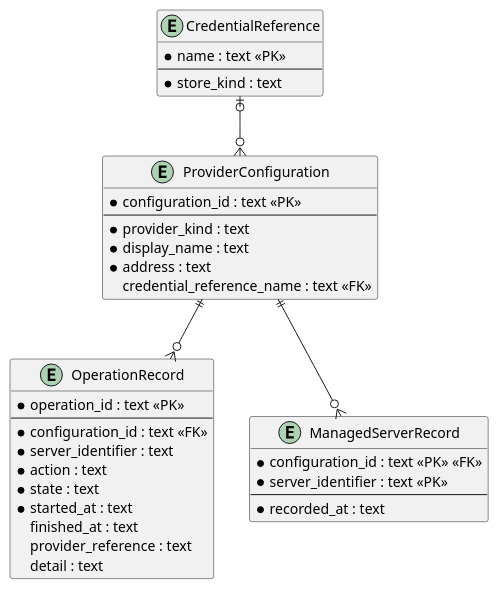
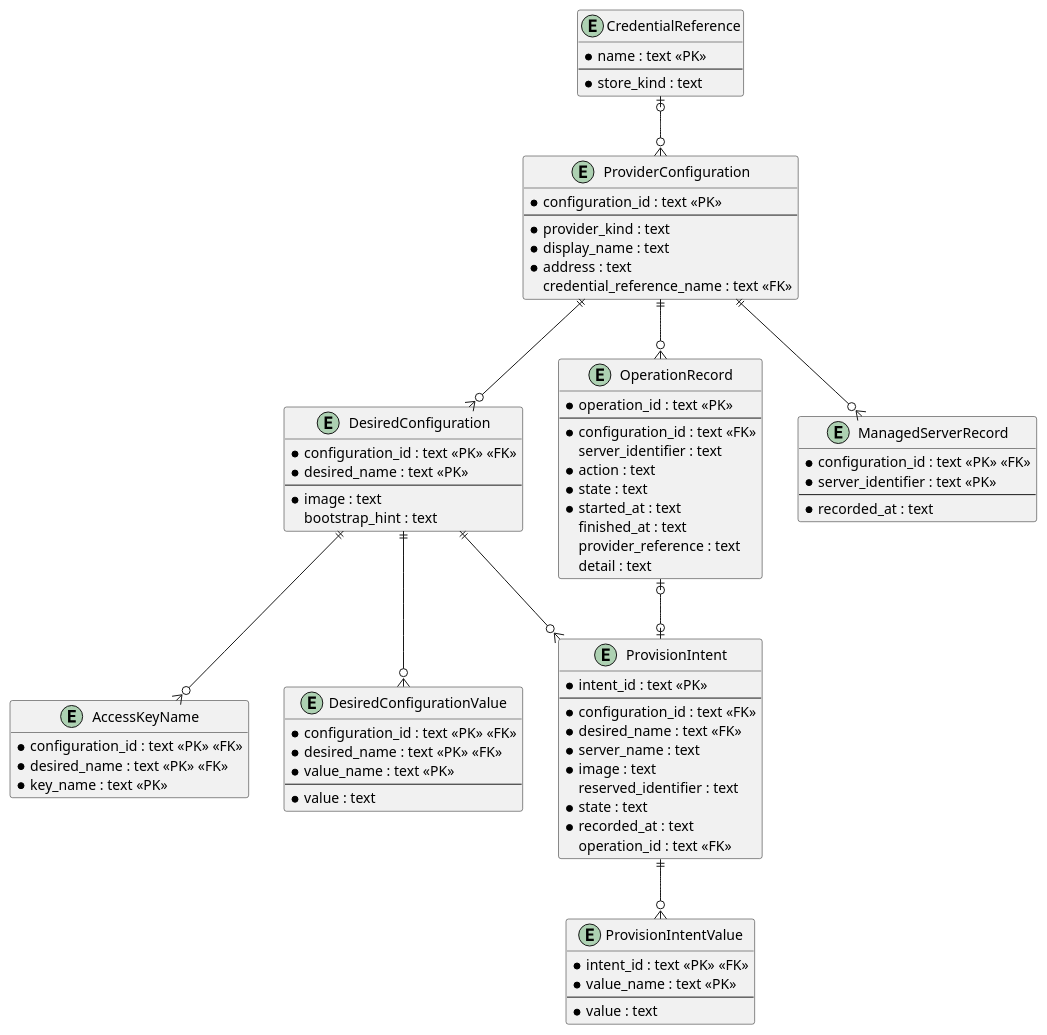
The diagram in docs/erd.md (TirSystem/iac-node-forge), drawn with PlantUML before and after one commit. The commit also changed other lines of this file and 19 other files, not shown here.

````diff
--- a/docs/erd.md
+++ b/docs/erd.md
@@ -39,11 +41,48 @@
   --
   * store_kind : text
 }
+entity DesiredConfiguration {
+  * configuration_id : text <<PK>> <<FK>>
+  * desired_name : text <<PK>>
+  --
+  * image : text
+  bootstrap_hint : text
+}
+entity AccessKeyName {
+  * configuration_id : text <<PK>> <<FK>>
+  * desired_name : text <<PK>> <<FK>>
+  * key_name : text <<PK>>
+}
+entity DesiredConfigurationValue {
+  * configuration_id : text <<PK>> <<FK>>
+  * desired_name : text <<PK>> <<FK>>
+  * value_name : text <<PK>>
+  --
+  * value : text
+}
+entity ProvisionIntent {
+  * intent_id : text <<PK>>
+  --
+  * configuration_id : text <<FK>>
+  * desired_name : text <<FK>>
+  * server_name : text
+  * image : text
+  reserved_identifier : text
+  * state : text
+  * recorded_at : text
+  operation_id : text <<FK>>
+}
+entity ProvisionIntentValue {
+  * intent_id : text <<PK>> <<FK>>
+  * value_name : text <<PK>>
+  --
+  * value : text
+}
 entity OperationRecord {
   * operation_id : text <<PK>>
   --
   * configuration_id : text <<FK>>
-  * server_identifier : text
+  server_identifier : text
   * action : text
   * state : text
   * started_at : text
@@ -61,5 +100,11 @@
 CredentialReference |o--o{ ProviderConfiguration
 ProviderConfiguration ||--o{ ManagedServerRecord
 ProviderConfiguration ||--o{ OperationRecord
+ProviderConfiguration ||--o{ DesiredConfiguration
+DesiredConfiguration ||--o{ AccessKeyName
+DesiredConfiguration ||--o{ DesiredConfigurationValue
+DesiredConfiguration ||--o{ ProvisionIntent
+ProvisionIntent ||--o{ ProvisionIntentValue
+OperationRecord |o--o| ProvisionIntent
 @enduml
 ```
````
